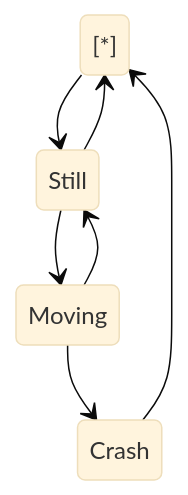
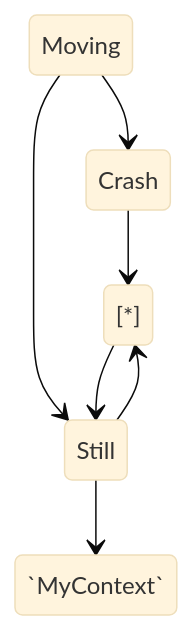
Before and after one commit to swimmio/csharp-shaul-test: the first of 2 diagrams in .swm/marmaid-draft.gby47omg.sw.md, drawn with Mermaid (base theme). The commit also changed other lines of this file, not shown here.

````diff
--- a/.swm/marmaid-draft.gby47omg.sw.md
+++ b/.swm/marmaid-draft.gby47omg.sw.md
@@ -9,11 +9,10 @@
 ```mermaid
 stateDiagram-v2
 [\*] --> Still
 Still --> [\*]
-Still --> Moving
+Still --> `MyContext`
 Moving --> Still
 Moving --> Crash
 Crash --> [\*]
 
-
 ```
````
